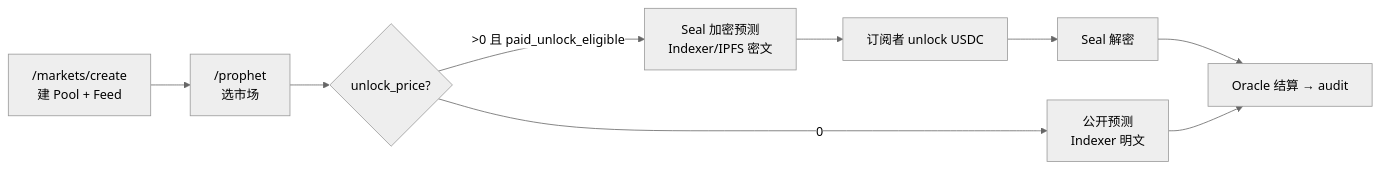
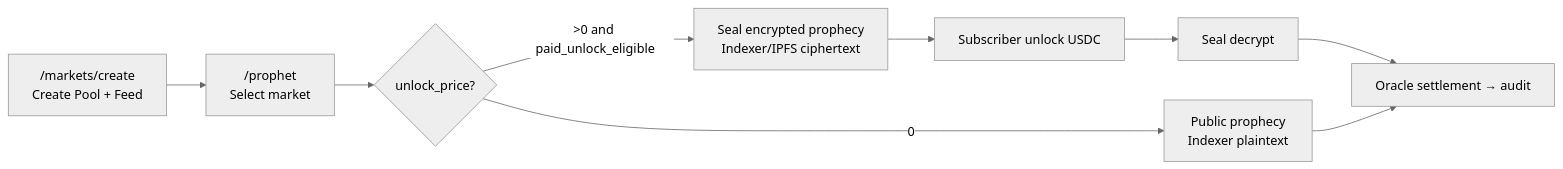
One commit to bamaao/x-market changed the diagram in docs/prophet-market-and-encryption-guide.md. Above: the diagram before and after it, drawn with Mermaid (neutral theme). The commit also changed other lines of this file and 93 other files, not shown here.

````diff
--- a/docs/prophet-market-and-encryption-guide.md
+++ b/docs/prophet-market-and-encryption-guide.md
@@ -159,11 +161,11 @@
 ```mermaid
 flowchart LR
-    A["/markets/create<br/>建 Pool + Feed"] --> B["/prophet<br/>选市场"]
+    A["/markets/create<br/>Create Pool + Feed"] --> B["/prophet<br/>Select market"]
     B --> C{"unlock_price?"}
-    C -->|0| D["公开预测<br/>Indexer 明文"]
-    C -->|">0 且 paid_unlock_eligible"| E["Seal 加密预测<br/>Indexer/IPFS 密文"]
-    E --> F["订阅者 unlock USDC"]
-    F --> G["Seal 解密"]
-    G --> H["Oracle 结算 → audit"]
+    C -->|0| D["Public prophecy<br/>Indexer plaintext"]
+    C -->|">0 and paid_unlock_eligible"| E["Seal encrypted prophecy<br/>Indexer/IPFS ciphertext"]
+    E --> F["Subscriber unlock USDC"]
+    F --> G["Seal decrypt"]
+    G --> H["Oracle settlement → audit"]
     D --> H
 ```
````
